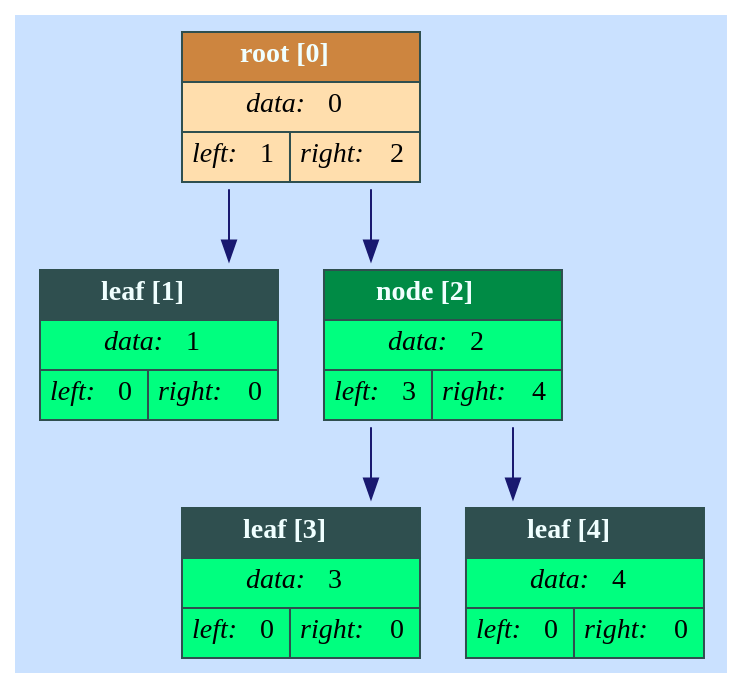
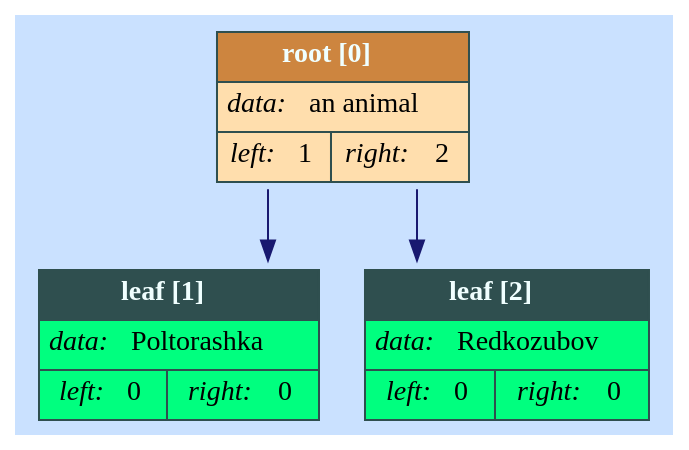
One commit to MeerkatBoss/akinator changed the diagram in tmp.dot. Above: the diagram before and after it, drawn with Graphviz. The commit also changed 11 other files, not shown here.

```diff
--- a/tmp.dot
+++ b/tmp.dot
@@ -1,38 +1,26 @@
 digraph G{
 layout=dot
 rankdir=TD
 splines=ortho
 nodesep=0.1
 overlap=voronoi
 bgcolor=lightsteelblue1
 node [shape=plaintext color=darkslategray]
 node0 [label=<<TABLE BORDER="0" CELLBORDER="1" CELLSPACING="0" CELLPADDING="4" BGCOLOR="navajowhite">
 <TR><TD ALIGN="CENTER" COLSPAN="2" BGCOLOR="peru"><FONT COLOR="azure"><B>root [0]</B></FONT></TD></TR>
-<TR><TD COLSPAN="2"><I>data: </I> 0</TD></TR>
+<TR><TD COLSPAN="2"><I>data: </I> an animal</TD></TR>
 <TR><TD><I>left: </I>1</TD><TD><I>right: </I>2</TD></TR>
 </TABLE>>]
 node1 [label=<<TABLE BORDER="0" CELLBORDER="1" CELLSPACING="0" CELLPADDING="4" BGCOLOR="springgreen">
 <TR><TD ALIGN="CENTER" COLSPAN="2" BGCOLOR="darkslategrey"><FONT COLOR="azure"><B>leaf [1]</B></FONT></TD></TR>
-<TR><TD COLSPAN="2"><I>data: </I> 1</TD></TR>
+<TR><TD COLSPAN="2"><I>data: </I> Poltorashka</TD></TR>
 <TR><TD><I>left: </I>0</TD><TD><I>right: </I>0</TD></TR>
 </TABLE>>]
 node2 [label=<<TABLE BORDER="0" CELLBORDER="1" CELLSPACING="0" CELLPADDING="4" BGCOLOR="springgreen">
-<TR><TD ALIGN="CENTER" COLSPAN="2" BGCOLOR="springgreen4"><FONT COLOR="azure"><B>node [2]</B></FONT></TD></TR>
-<TR><TD COLSPAN="2"><I>data: </I> 2</TD></TR>
-<TR><TD><I>left: </I>3</TD><TD><I>right: </I>4</TD></TR>
-</TABLE>>]
-node3 [label=<<TABLE BORDER="0" CELLBORDER="1" CELLSPACING="0" CELLPADDING="4" BGCOLOR="springgreen">
-<TR><TD ALIGN="CENTER" COLSPAN="2" BGCOLOR="darkslategrey"><FONT COLOR="azure"><B>leaf [3]</B></FONT></TD></TR>
-<TR><TD COLSPAN="2"><I>data: </I> 3</TD></TR>
-<TR><TD><I>left: </I>0</TD><TD><I>right: </I>0</TD></TR>
-</TABLE>>]
-node4 [label=<<TABLE BORDER="0" CELLBORDER="1" CELLSPACING="0" CELLPADDING="4" BGCOLOR="springgreen">
-<TR><TD ALIGN="CENTER" COLSPAN="2" BGCOLOR="darkslategrey"><FONT COLOR="azure"><B>leaf [4]</B></FONT></TD></TR>
-<TR><TD COLSPAN="2"><I>data: </I> 4</TD></TR>
+<TR><TD ALIGN="CENTER" COLSPAN="2" BGCOLOR="darkslategrey"><FONT COLOR="azure"><B>leaf [2]</B></FONT></TD></TR>
+<TR><TD COLSPAN="2"><I>data: </I> Redkozubov</TD></TR>
 <TR><TD><I>left: </I>0</TD><TD><I>right: </I>0</TD></TR>
 </TABLE>>]
 node0->node1 [color=midnightblue]
 node0->node2 [color=midnightblue]
-node2->node3 [color=midnightblue]
-node2->node4 [color=midnightblue]
 }
```
